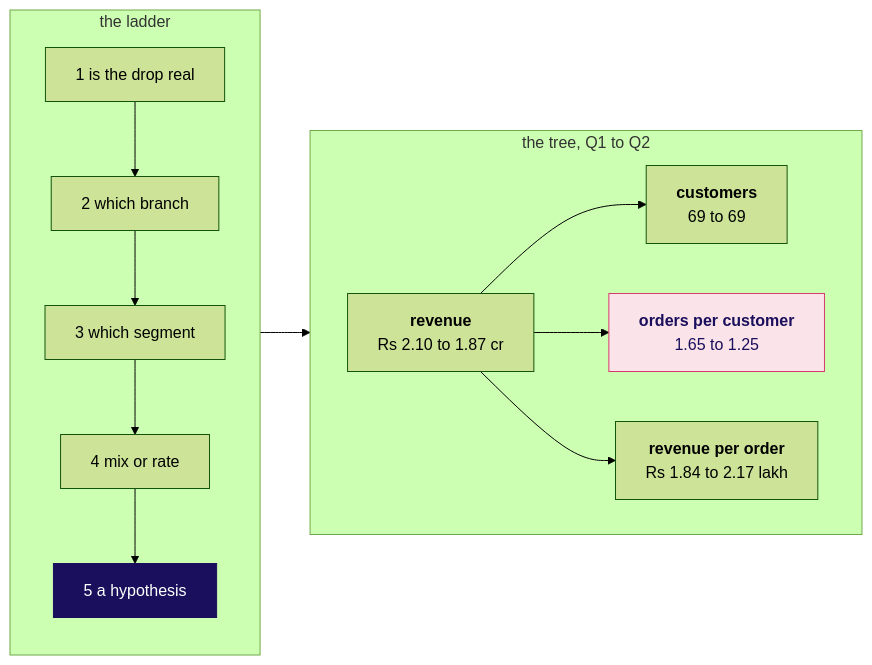
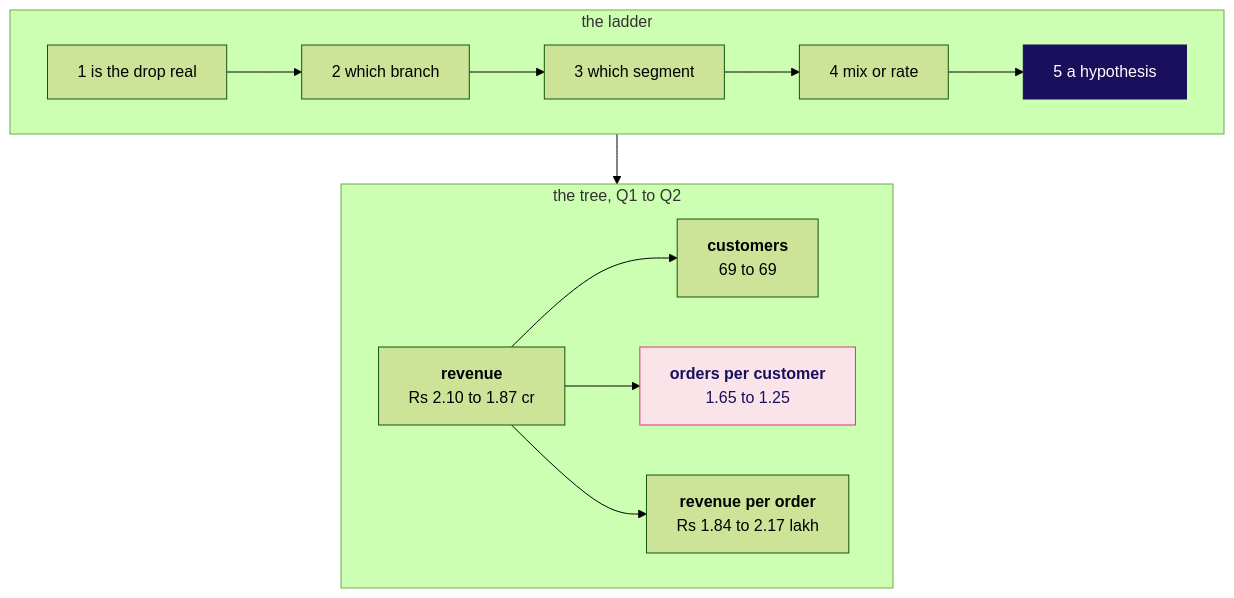
Before and after one commit to fde-academy-lab/c2-content-factory: the diagram in content/W01/D2/cheatsheets/C2_W01_D02_investigation_ladder_STUDENT.md, drawn with Mermaid (forest theme). The commit also changed other lines of this file and 1 other file, not shown here.

````diff
--- a/content/W01/D2/cheatsheets/C2_W01_D02_investigation_ladder_STUDENT.md
+++ b/content/W01/D2/cheatsheets/C2_W01_D02_investigation_ladder_STUDENT.md
@@ -9,21 +9,21 @@
 ```mermaid
-flowchart LR
+flowchart TB
     subgraph LAD["the ladder"]
-        direction TB
+        direction LR
         R1["1 is the drop real"] --> R2["2 which branch"]
         R2 --> R3["3 which segment"]
         R3 --> R4["4 mix or rate"]
         R4 --> R5["5 a hypothesis"]
     end
     subgraph TREE["the tree, Q1 to Q2"]
         direction LR
         V["<b>revenue</b><br/>Rs 2.10 to 1.87 cr"] --> C["<b>customers</b><br/>69 to 69"]
         V --> F["<b>orders per customer</b><br/>1.65 to 1.25"]
         V --> O["<b>revenue per order</b><br/>Rs 1.84 to 2.17 lakh"]
     end
     LAD --> TREE
     classDef bet fill:#1A0F5C,stroke:#1A0F5C,color:#FFFFFF
     classDef moved fill:#FBE3EA,stroke:#D63A6A,color:#1A0F5C
     class R5 bet
     class F moved
 ```
````
